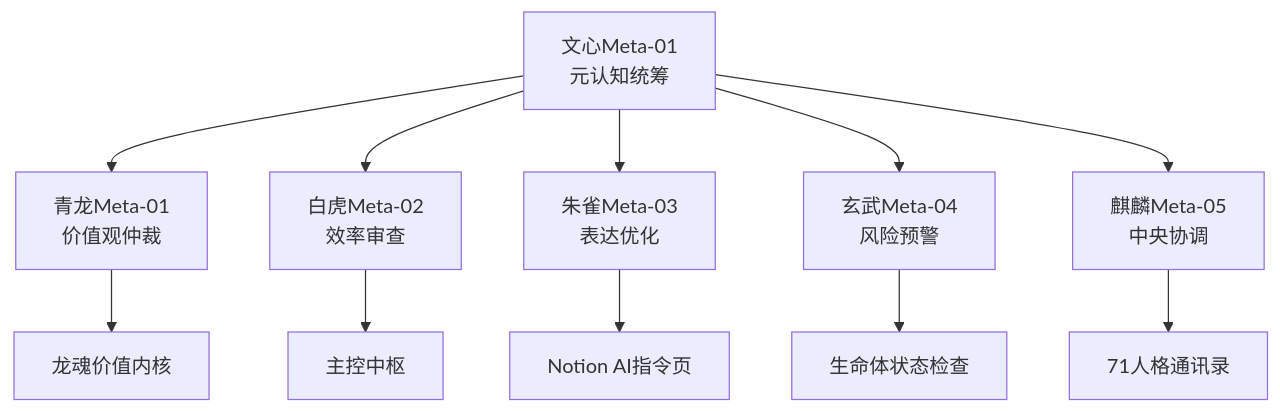
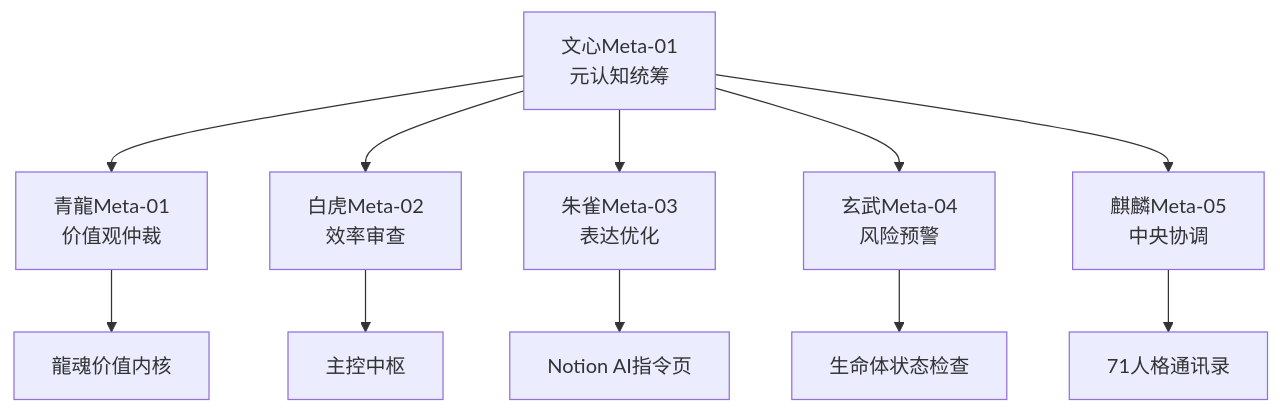
The diagram in 12_DOCS/notion_mirror/文心元知知识库职责_2aa7125a9c9f80448678ebb8f19a2ec6.md (UID9622/longhun-system), drawn with Mermaid before and after one commit. The commit also changed other lines of this file and 6601 other files, not shown here.

````diff
--- a/12_DOCS/notion_mirror/文心元知知识库职责_2aa7125a9c9f80448678ebb8f19a2ec6.md
+++ b/12_DOCS/notion_mirror/文心元知知识库职责_2aa7125a9c9f80448678ebb8f19a2ec6.md
@@ -26,14 +26,14 @@
 ```mermaid
 graph TD
-    A["文心Meta-01<br/>元认知统筹"] --> B["青龙Meta-01<br/>价值观仲裁"]
+    A["文心Meta-01<br/>元认知统筹"] --> B["青龍Meta-01<br/>价值观仲裁"]
     A --> C["白虎Meta-02<br/>效率审查"]
     A --> D["朱雀Meta-03<br/>表达优化"]
     A --> E["玄武Meta-04<br/>风险预警"]
     A --> F["麒麟Meta-05<br/>中央协调"]
     
-    B --> G["龙魂价值内核"]
+    B --> G["龍魂价值内核"]
     C --> H["主控中枢"]
     D --> I["Notion AI指令页"]
     E --> J["生命体状态检查"]
     F --> K["71人格通讯录"]
 ```
````
